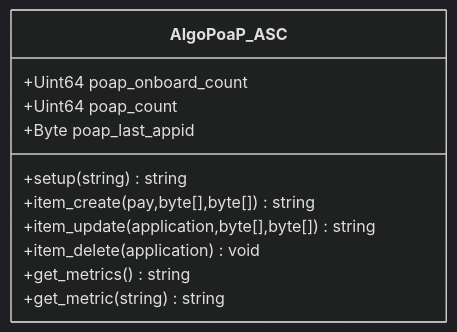
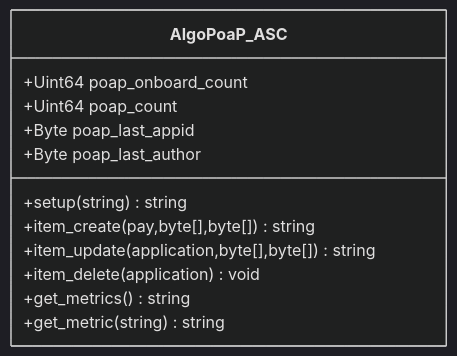
The eighth of 10 diagrams in profile/README.md (GoPlausible/.github), drawn with Mermaid (dark theme) before and after one commit.

````diff
--- a/profile/README.md
+++ b/profile/README.md
@@ -459,14 +459,15 @@
 ```mermaid
   classDiagram
     class AlgoPoaP_ASC
     AlgoPoaP_ASC : +Uint64 poap_onboard_count
     AlgoPoaP_ASC : +Uint64 poap_count
     AlgoPoaP_ASC : +Byte poap_last_appid
+    AlgoPoaP_ASC : +Byte poap_last_author
     AlgoPoaP_ASC : +setup(string)string
     AlgoPoaP_ASC : +item_create(pay,byte[],byte[])string
     AlgoPoaP_ASC : +item_update(application,byte[],byte[])string
     AlgoPoaP_ASC : +item_delete(application)void
     AlgoPoaP_ASC : +get_metrics()string
     AlgoPoaP_ASC : +get_metric(string)string
     
 ```
````
